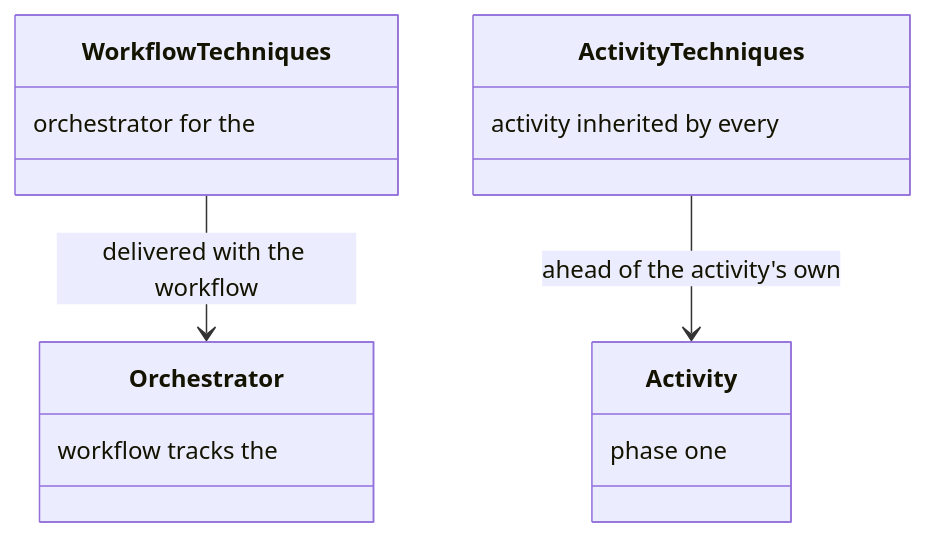
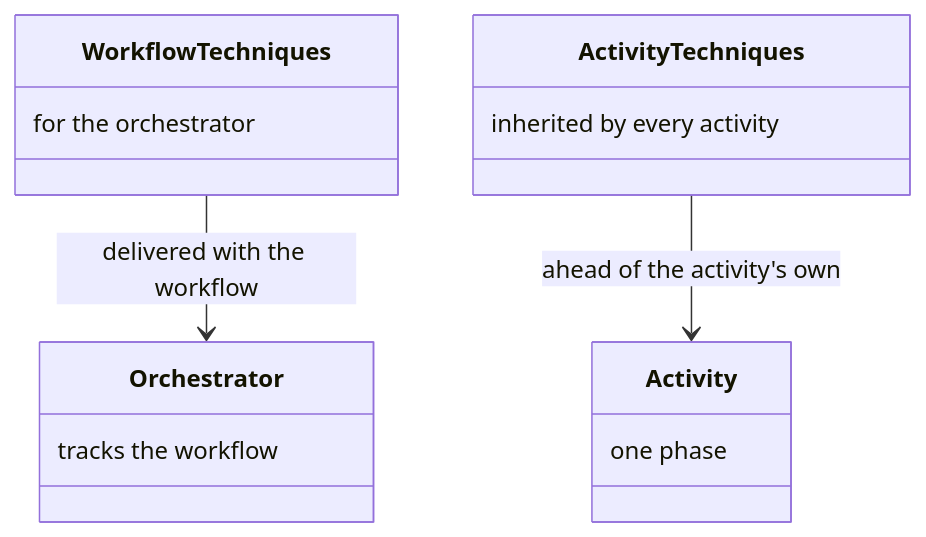
One commit to m2ux/workflow-server changed the tenth of 34 diagrams in docs/resolution.md. Above: the diagram before and after it, drawn with Mermaid. The commit also changed other lines of this file and 10 other files, not shown here.

Commit message:
Write each class-box note in reading order so the diagram shows the phrase as written.

````diff
--- a/docs/resolution.md
+++ b/docs/resolution.md
@@ -192,17 +192,17 @@
 ```mermaid
 classDiagram
   class WorkflowTechniques {
-    orchestrator for the
+    for the orchestrator
   }
   class ActivityTechniques {
-    activity inherited by every
+    inherited by every activity
   }
   WorkflowTechniques --> Orchestrator: delivered with the workflow
   ActivityTechniques --> Activity: ahead of the activity's own
   class Orchestrator {
-    workflow tracks the
+    tracks the workflow
   }
   class Activity {
-    phase one
+    one phase
   }
 ```
````
